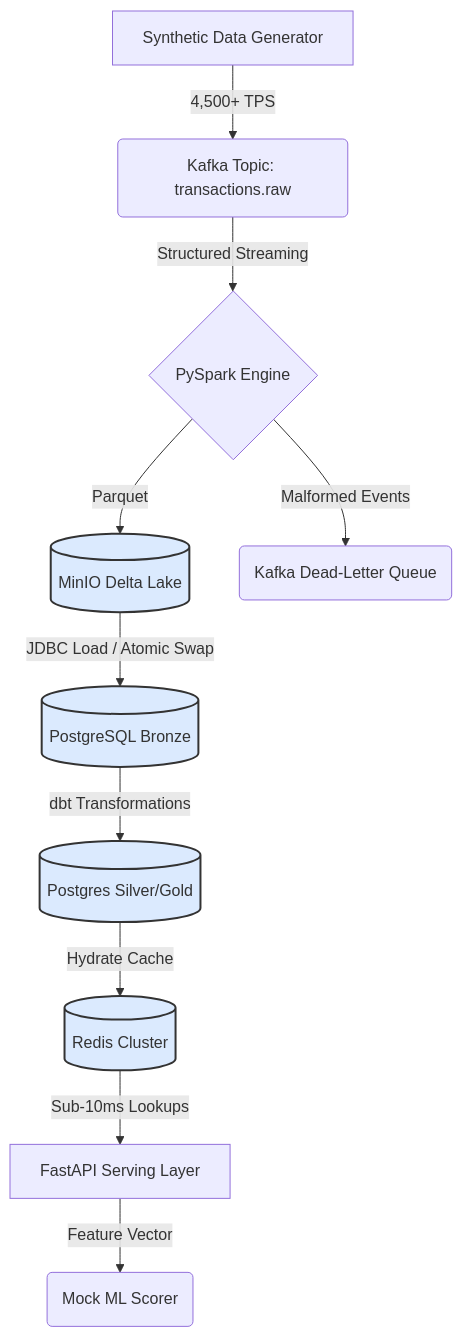
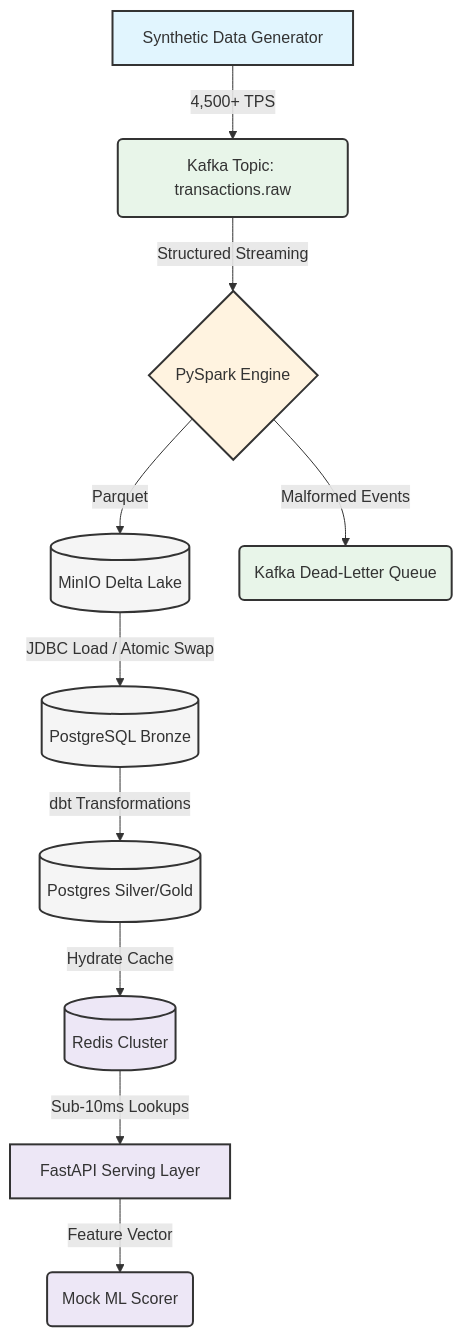
One commit to NADEEMTHEBA8/supply-chain-telemetry-pipeline changed the diagram in README.md. Above: the diagram before and after it, drawn with Mermaid.

Commit message:
docs: apply professional categorized color palette to architecture diagram

````diff
--- a/README.md
+++ b/README.md
@@ -43,17 +43,26 @@
 ```mermaid
 graph TD
     A[Synthetic Data Generator] -->|4,500+ TPS| B(Kafka Topic: transactions.raw)
     B -->|Structured Streaming| C{PySpark Engine}
     C -->|Parquet| D[(MinIO Delta Lake)]
     C -->|Malformed Events| DLQ(Kafka Dead-Letter Queue)
     
     D -->|JDBC Load / Atomic Swap| E[(PostgreSQL Bronze)]
     E -->|dbt Transformations| F[(Postgres Silver/Gold)]
     
     F -->|Hydrate Cache| G[(Redis Cluster)]
     G -->|Sub-10ms Lookups| H[FastAPI Serving Layer]
     H -->|Feature Vector| I(Mock ML Scorer)
     
-    classDef storage fill:#dbeafe,stroke:#333,stroke-width:2px;
-    class D,E,F,G storage;
+    classDef ingestion fill:#E1F5FE,stroke:#333,stroke-width:2px,color:#333;
+    classDef compute fill:#FFF3E0,stroke:#333,stroke-width:2px,color:#333;
+    classDef storage fill:#F5F5F5,stroke:#333,stroke-width:2px,color:#333;
+    classDef serving fill:#EDE7F6,stroke:#333,stroke-width:2px,color:#333;
+    classDef messaging fill:#E8F5E9,stroke:#333,stroke-width:2px,color:#333;
+    
+    class A ingestion;
+    class C compute;
+    class D,E,F storage;
+    class G,H,I serving;
+    class B,DLQ messaging;
 ```
````
